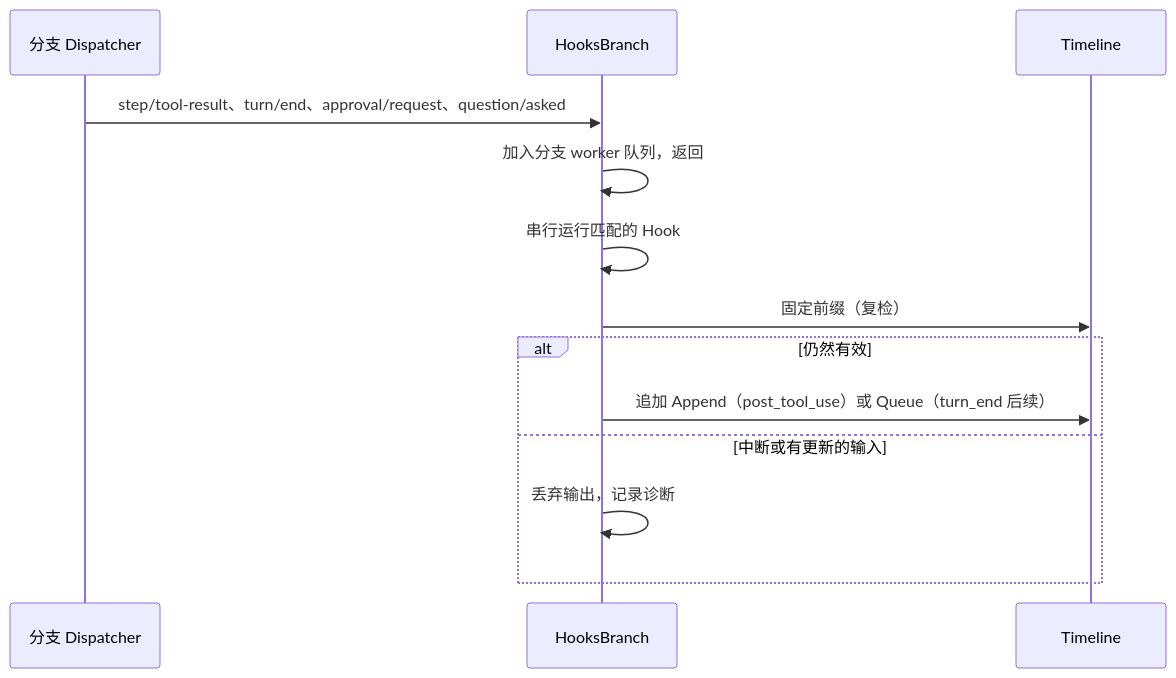
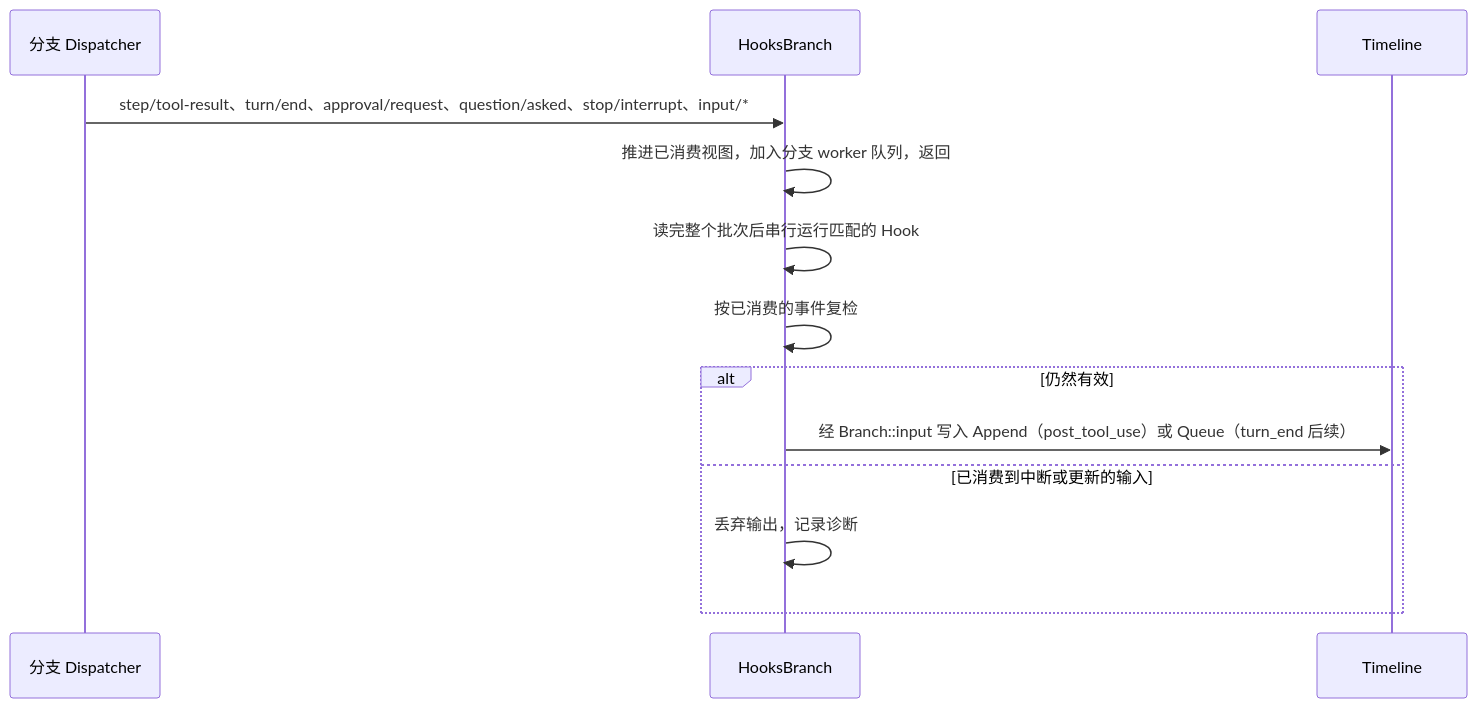
The sixth of 7 diagrams in docs/zh/design/plugins/Hooks.md (CoutinhoTTS/dim-agent), drawn with Mermaid before and after one commit. The commit also changed other lines of this file and 42 other files, not shown here.

````diff
--- a/docs/zh/design/plugins/Hooks.md
+++ b/docs/zh/design/plugins/Hooks.md
@@ -148,15 +151,15 @@
 ```mermaid
 sequenceDiagram
   participant DP as 分支 Dispatcher
   participant HB as HooksBranch
   participant TL as Timeline
-  DP->>HB: step/tool-result、turn/end、approval/request、question/asked
-  HB->>HB: 加入分支 worker 队列，返回
-  HB->>HB: 串行运行匹配的 Hook
-  HB->>TL: 固定前缀（复检）
+  DP->>HB: step/tool-result、turn/end、approval/request、question/asked、stop/interrupt、input/*
+  HB->>HB: 推进已消费视图，加入分支 worker 队列，返回
+  HB->>HB: 读完整个批次后串行运行匹配的 Hook
+  HB->>HB: 按已消费的事件复检
   alt 仍然有效
-    HB->>TL: 追加 Append（post_tool_use）或 Queue（turn_end 后续）
-  else 中断或有更新的输入
+    HB->>TL: 经 Branch::input 写入 Append（post_tool_use）或 Queue（turn_end 后续）
+  else 已消费到中断或更新的输入
     HB->>HB: 丢弃输出，记录诊断
   end
 ```
````
